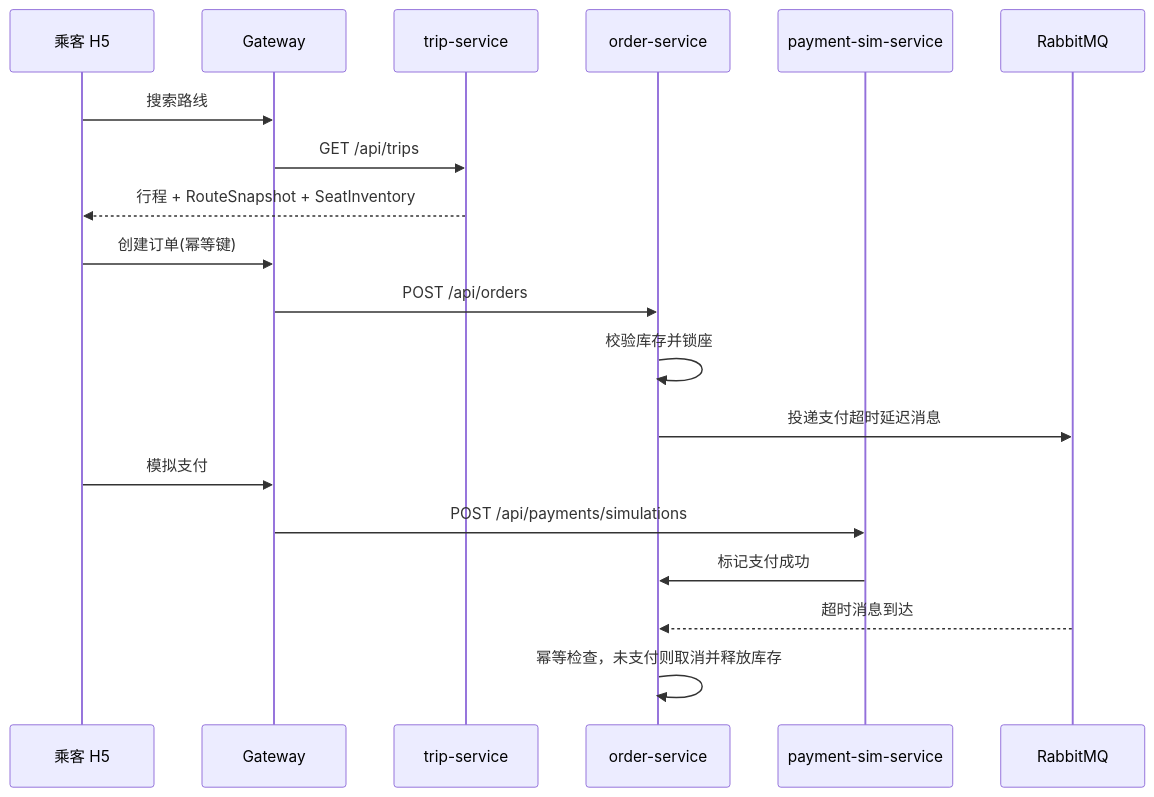
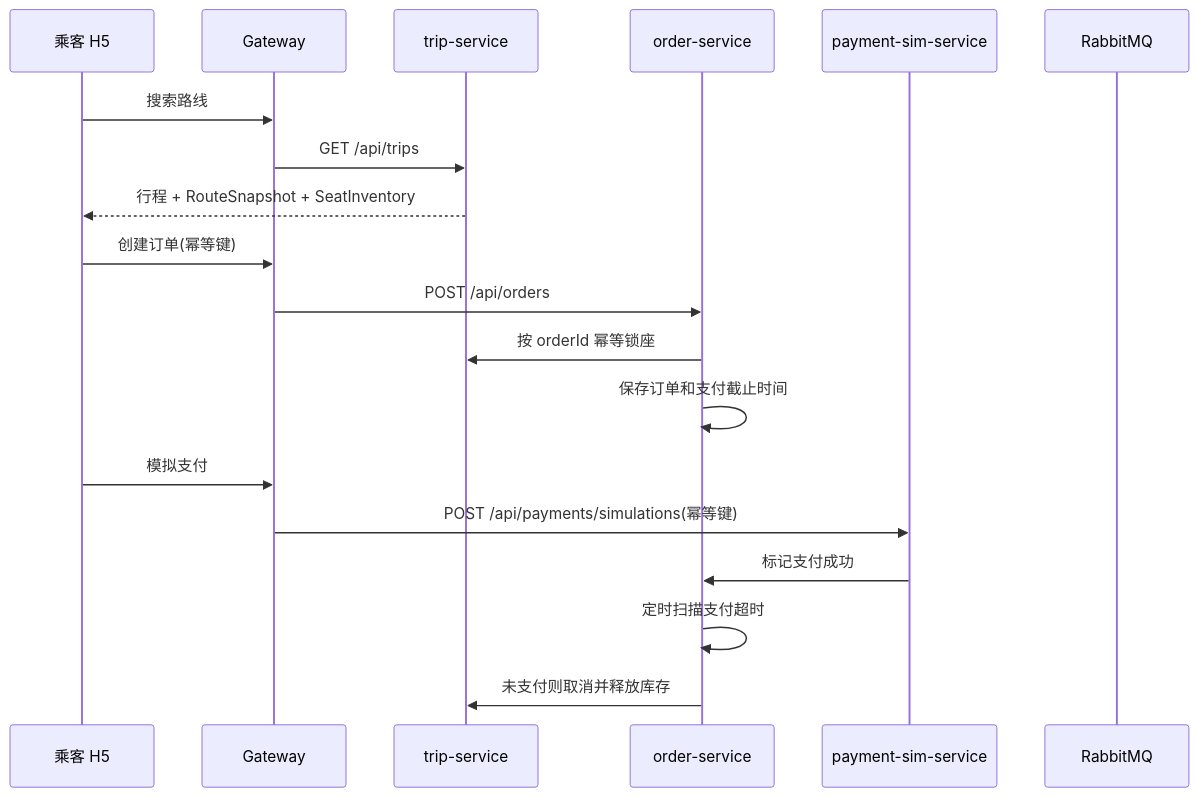
The diagram in docs/architecture.md (llfzzz/o2o-Local-Carpooling), drawn with Mermaid before and after one commit. The commit also changed other lines of this file and 65 other files, not shown here.

Commit message:
feat: add core usable booking flow

````diff
--- a/docs/architecture.md
+++ b/docs/architecture.md
@@ -56,22 +57,22 @@
 ```mermaid
 sequenceDiagram
   participant Rider as 乘客 H5
   participant Gateway as Gateway
   participant Trip as trip-service
   participant Order as order-service
   participant Pay as payment-sim-service
   participant MQ as RabbitMQ
 
   Rider->>Gateway: 搜索路线
   Gateway->>Trip: GET /api/trips
   Trip-->>Rider: 行程 + RouteSnapshot + SeatInventory
   Rider->>Gateway: 创建订单(幂等键)
   Gateway->>Order: POST /api/orders
-  Order->>Order: 校验库存并锁座
-  Order->>MQ: 投递支付超时延迟消息
+  Order->>Trip: 按 orderId 幂等锁座
+  Order->>Order: 保存订单和支付截止时间
   Rider->>Gateway: 模拟支付
-  Gateway->>Pay: POST /api/payments/simulations
+  Gateway->>Pay: POST /api/payments/simulations(幂等键)
   Pay->>Order: 标记支付成功
-  MQ-->>Order: 超时消息到达
-  Order->>Order: 幂等检查，未支付则取消并释放库存
+  Order->>Order: 定时扫描支付超时
+  Order->>Trip: 未支付则取消并释放库存
 ```
````
